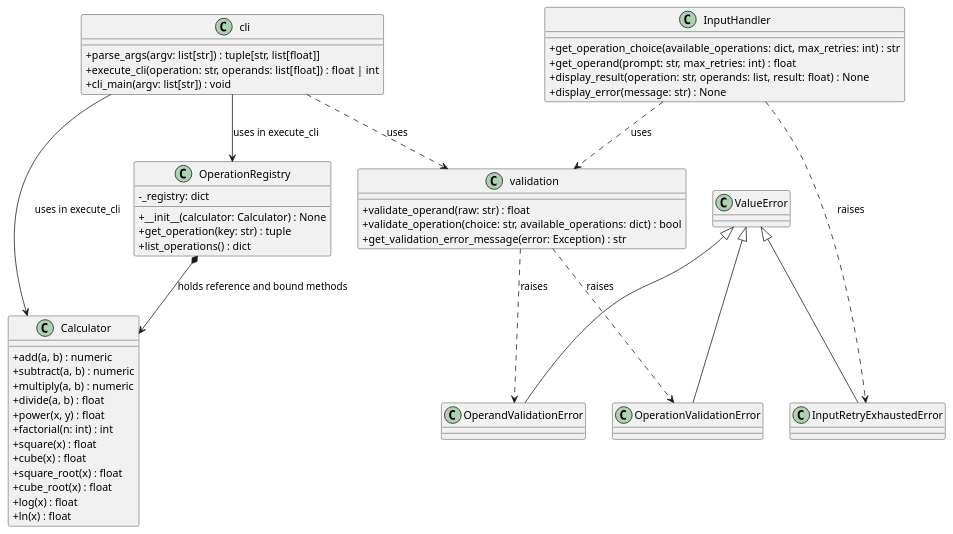
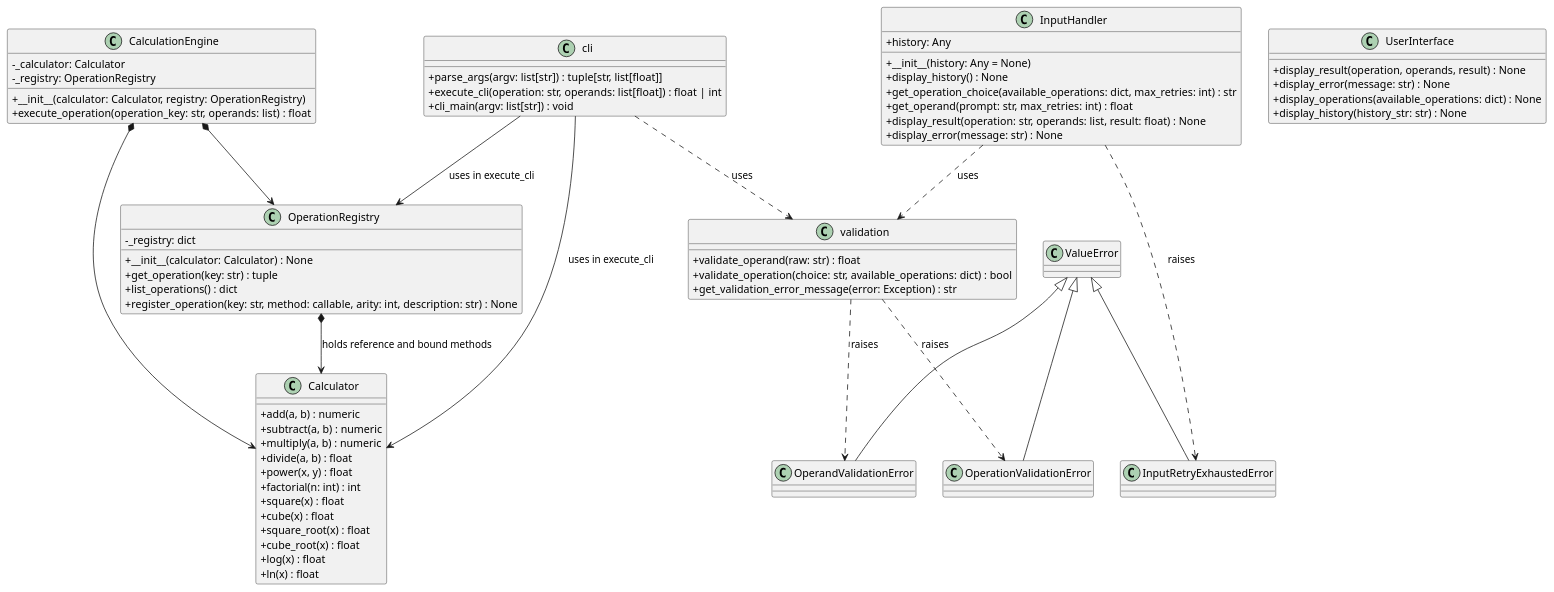
The diagram in artifacts/class_diagram_calculator_io.puml (DanielRiha8906/Calculator_bachelor_autoevolution_team), drawn with PlantUML before and after one commit. The commit also changed 3 other files, not shown here.

Commit message:
docs: sync PlantUML diagrams with modular refactor (issue #267)

```diff
--- a/artifacts/class_diagram_calculator_io.puml
+++ b/artifacts/class_diagram_calculator_io.puml
@@ -1,71 +1,92 @@
 @startuml class_diagram_calculator_io
 
 skinparam classAttributeIconSize 0
 
 class Calculator {
     +add(a, b) : numeric
     +subtract(a, b) : numeric
     +multiply(a, b) : numeric
     +divide(a, b) : float
     +power(x, y) : float
     +factorial(n: int) : int
     +square(x) : float
     +cube(x) : float
     +square_root(x) : float
     +cube_root(x) : float
     +log(x) : float
     +ln(x) : float
 }
 
 class InputHandler {
+    +history: Any
+    +__init__(history: Any = None)
+    +display_history() : None
     +get_operation_choice(available_operations: dict, max_retries: int) : str
     +get_operand(prompt: str, max_retries: int) : float
     +display_result(operation: str, operands: list, result: float) : None
     +display_error(message: str) : None
 }
 
 class InputRetryExhaustedError {
 }
 ValueError <|-- InputRetryExhaustedError
 
 InputHandler ..> InputRetryExhaustedError : raises
 
 class OperationRegistry {
     -_registry: dict
     +__init__(calculator: Calculator) : None
     +get_operation(key: str) : tuple
     +list_operations() : dict
+    +register_operation(key: str, method: callable, arity: int, description: str) : None
 }
 
 OperationRegistry *--> Calculator : holds reference and bound methods
+
+class CalculationEngine {
+    -_calculator: Calculator
+    -_registry: OperationRegistry
+    +__init__(calculator: Calculator, registry: OperationRegistry)
+    +execute_operation(operation_key: str, operands: list) : float
+}
+
+CalculationEngine *--> Calculator
+CalculationEngine *--> OperationRegistry
+
+class UserInterface {
+    +display_result(operation, operands, result) : None
+    +display_error(message: str) : None
+    +display_operations(available_operations: dict) : None
+    +display_history(history_str: str) : None
+}
 
 class cli {
     +parse_args(argv: list[str]) : tuple[str, list[float]]
     +execute_cli(operation: str, operands: list[float]) : float | int
     +cli_main(argv: list[str]) : void
 }
 
 cli --> Calculator : uses in execute_cli
 cli --> OperationRegistry : uses in execute_cli
 
 class validation {
     +validate_operand(raw: str) : float
     +validate_operation(choice: str, available_operations: dict) : bool
     +get_validation_error_message(error: Exception) : str
 }
 
 class OperandValidationError {
 }
 ValueError <|-- OperandValidationError
 
 class OperationValidationError {
 }
 ValueError <|-- OperationValidationError
 
 validation ..> OperandValidationError : raises
 validation ..> OperationValidationError : raises
 
 InputHandler ..> validation : uses
 cli ..> validation : uses
 
 @enduml
```
